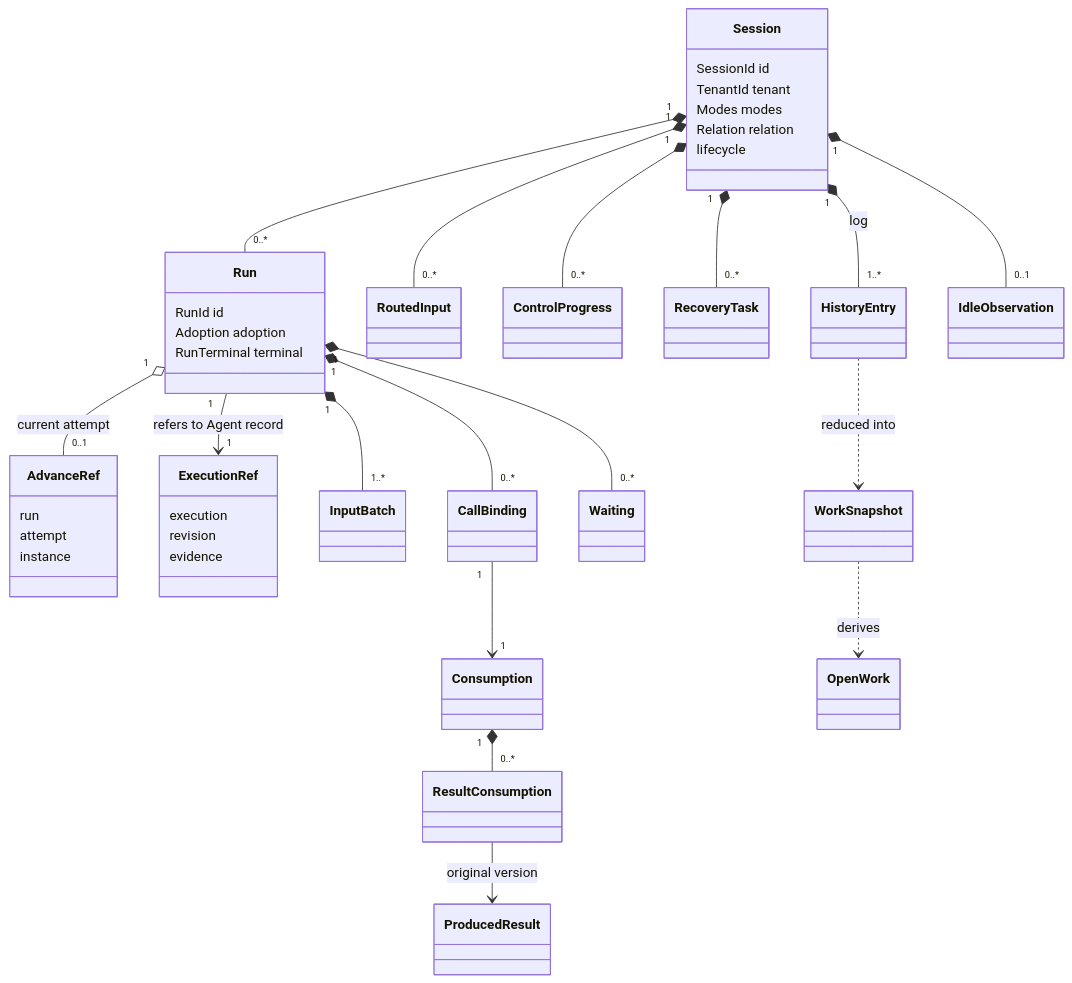
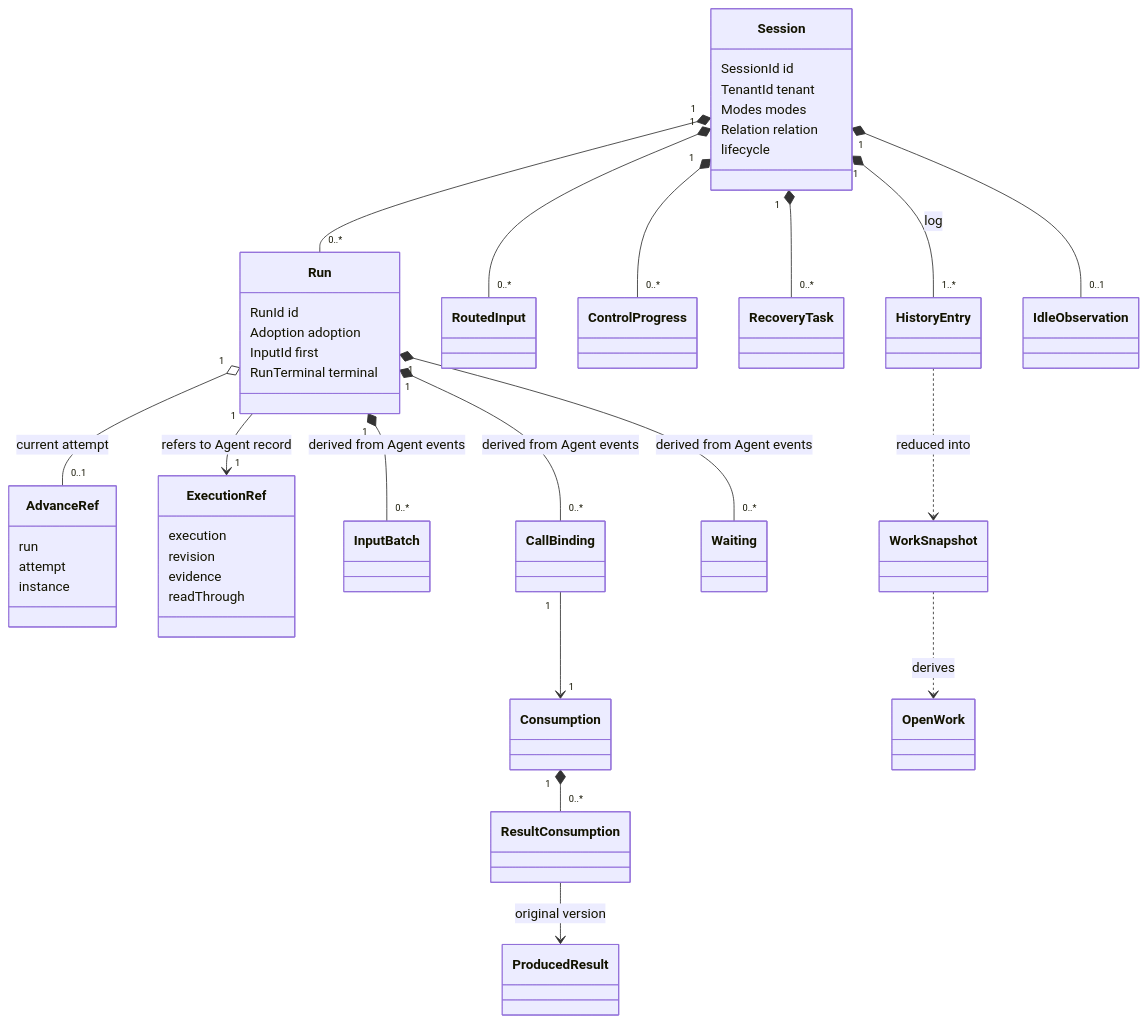
The diagram in packages/session/session-contract/docs/object-model/README.md (nemori-ai/omne-harness-lite), drawn with Mermaid before and after one commit. The commit also changed other lines of this file and 16 other files, not shown here.

````diff
--- a/packages/session/session-contract/docs/object-model/README.md
+++ b/packages/session/session-contract/docs/object-model/README.md
@@ -82,41 +85,43 @@
 ```mermaid
 classDiagram
   class Session {
     SessionId id
     TenantId tenant
     Modes modes
     Relation relation
     lifecycle
   }
   class Run {
     RunId id
     Adoption adoption
+    InputId first
     RunTerminal terminal
   }
   class AdvanceRef {
     run
     attempt
     instance
   }
   class ExecutionRef {
     execution
     revision
     evidence
+    readThrough
   }
   Session "1" *-- "0..*" Run
   Session "1" *-- "0..*" RoutedInput
   Session "1" *-- "0..*" ControlProgress
   Session "1" *-- "0..*" RecoveryTask
   Session "1" *-- "1..*" HistoryEntry : log
   Session "1" *-- "0..1" IdleObservation
-  Run "1" *-- "1..*" InputBatch
+  Run "1" *-- "0..*" InputBatch : derived from Agent events
   Run "1" o-- "0..1" AdvanceRef : current attempt
   Run "1" --> "1" ExecutionRef : refers to Agent record
-  Run "1" *-- "0..*" CallBinding
-  Run "1" *-- "0..*" Waiting
+  Run "1" *-- "0..*" CallBinding : derived from Agent events
+  Run "1" *-- "0..*" Waiting : derived from Agent events
   CallBinding "1" --> "1" Consumption
   Consumption "1" *-- "0..*" ResultConsumption
   ResultConsumption --> ProducedResult : original version
   HistoryEntry ..> WorkSnapshot : reduced into
   WorkSnapshot ..> OpenWork : derives
 ```
````
